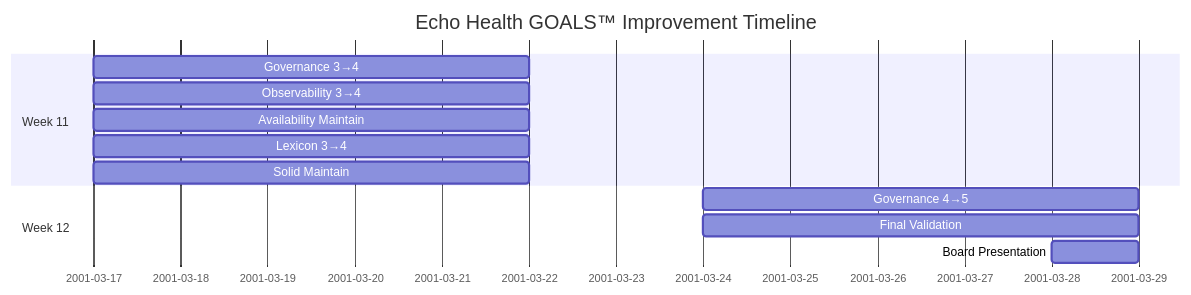
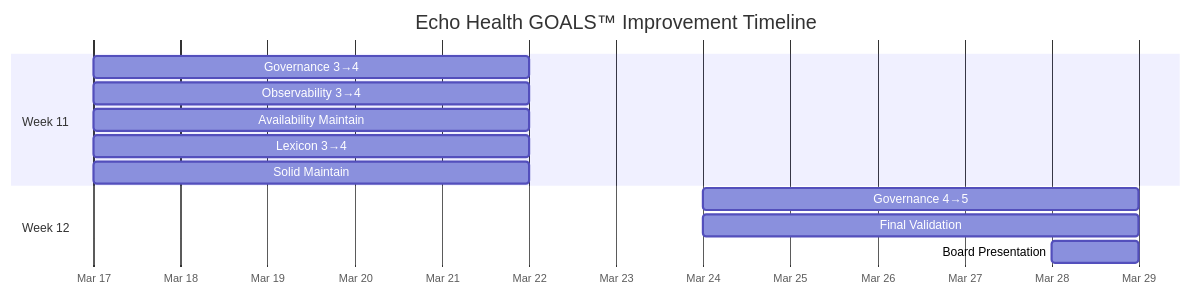
One commit to saitejesh-cyber/trust-before-intelligence-book changed the second of 11 diagrams in manuscript/09_chapter_8_architecture_of_trust_in_action.md. Above: the diagram before and after it, drawn with Mermaid. The commit also changed other lines of this file, not shown here.

Commit message:
Cleaning up chapter diagrams
Cleaning up chapter diagrams

````diff
--- a/manuscript/09_chapter_8_architecture_of_trust_in_action.md
+++ b/manuscript/09_chapter_8_architecture_of_trust_in_action.md
@@ -88,17 +88,18 @@
 ```mermaid
 gantt
   title Echo Health GOALS™ Improvement Timeline
   dateFormat YYYY-MM-DD
+  axisFormat %b %d
   
   section Week 11
-  Governance 3→4   :g1, 03-17, 5d
-  Observability 3→4 :o1, 03-17, 5d
-  Availability Maintain :a1, 03-17, 5d
-  Lexicon 3→4    :l1, 03-17, 5d
-  Solid Maintain   :s1, 03-17, 5d
+  Governance 3→4   :g1, 2025-03-17, 5d
+  Observability 3→4 :o1, 2025-03-17, 5d
+  Availability Maintain :a1, 2025-03-17, 5d
+  Lexicon 3→4    :l1, 2025-03-17, 5d
+  Solid Maintain   :s1, 2025-03-17, 5d
   
   section Week 12
-  Governance 4→5   :g2, 03-24, 5d
-  Final Validation  :v1, 03-24, 5d
-  Board Presentation :bp, 03-28, 1d
+  Governance 4→5   :g2, 2025-03-24, 5d
+  Final Validation  :v1, 2025-03-24, 5d
+  Board Presentation :bp, 2025-03-28, 1d
 ```
````
